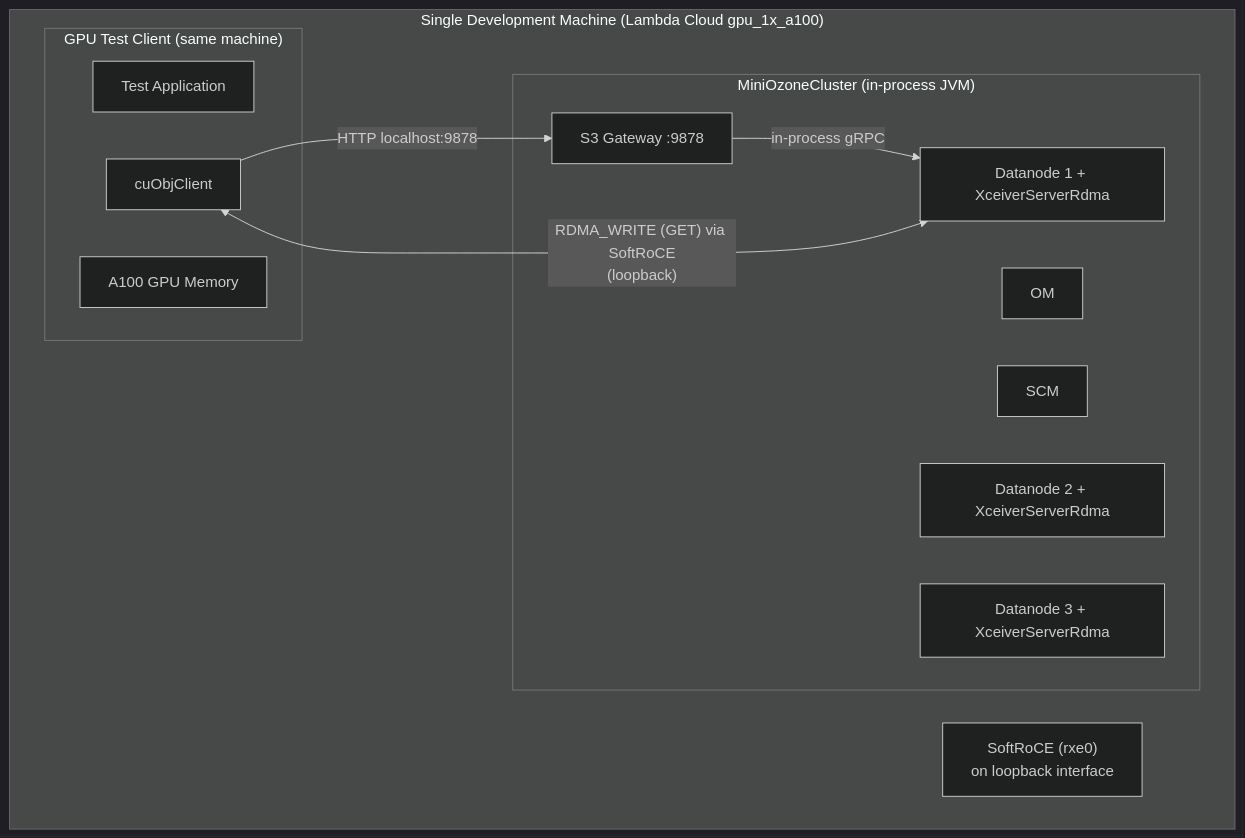
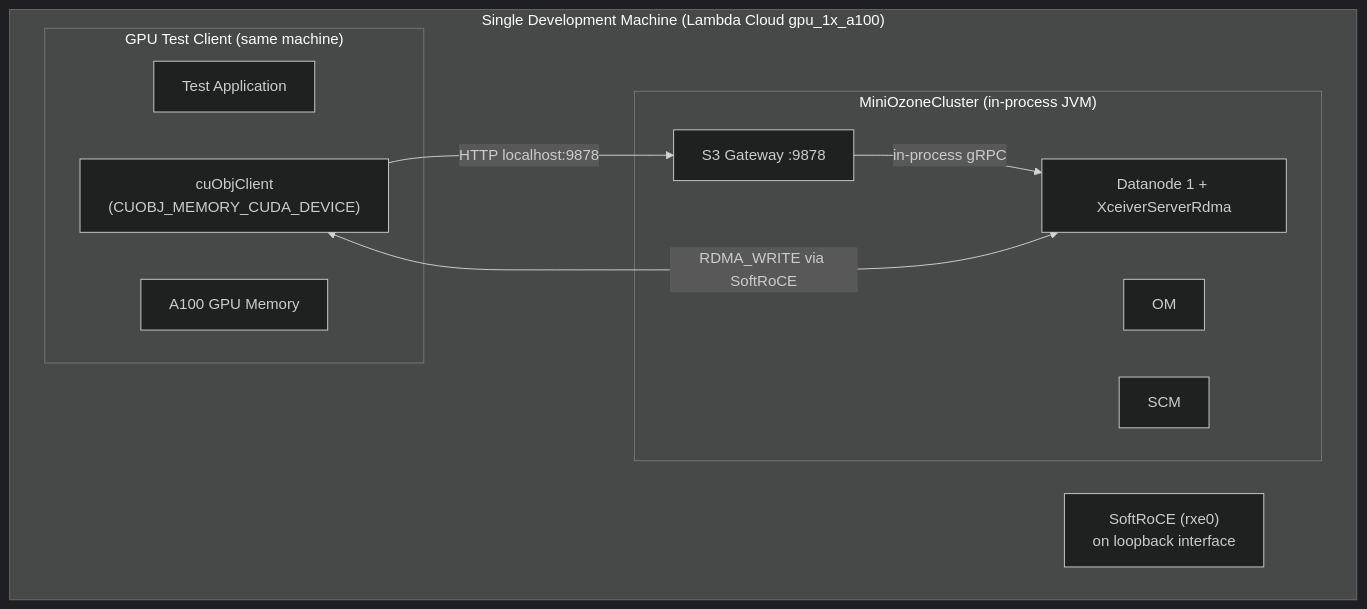
Before and after one commit to ptlrs/ozone: the second of 10 diagrams in docs/gds-dn-direct-rdma-implementation-spec.md, drawn with Mermaid (dark theme). The commit also changed other lines of this file and 1 other file, not shown here.

Commit message:
GPUDIRECT. Update GPUDirect Storage spec to v7.0 with dual-mode GPU/host-memory RDMA support, extended cloud deployment recommendations, and updated architectural flow diagrams

````diff
--- a/docs/gds-dn-direct-rdma-implementation-spec.md
+++ b/docs/gds-dn-direct-rdma-implementation-spec.md
@@ -236,24 +335,22 @@
 ```mermaid
 flowchart TB
   subgraph SingleNode["Single Development Machine (Lambda Cloud gpu_1x_a100)"]
     subgraph MiniCluster["MiniOzoneCluster (in-process JVM)"]
       OM_mini["OM"]
       SCM_mini["SCM"]
       S3GW_mini["S3 Gateway :9878"]
       DN_mini1["Datanode 1 + XceiverServerRdma"]
-      DN_mini2["Datanode 2 + XceiverServerRdma"]
-      DN_mini3["Datanode 3 + XceiverServerRdma"]
     end
 
     subgraph GPU_Test["GPU Test Client (same machine)"]
       TestApp["Test Application"]
-      cuObjClient["cuObjClient"]
+      cuObjClient_gpu["cuObjClient<br/>(CUOBJ_MEMORY_CUDA_DEVICE)"]
       GPU["A100 GPU Memory"]
     end
 
     SoftRoCE["SoftRoCE (rxe0)<br/>on loopback interface"]
-    cuObjClient -->|" HTTP localhost:9878 "| S3GW_mini
+    cuObjClient_gpu -->|" HTTP localhost:9878 "| S3GW_mini
     S3GW_mini -->|" in-process gRPC "| DN_mini1
-    DN_mini1 <-->|" RDMA_WRITE (GET) via SoftRoCE<br/>(loopback) "| cuObjClient
+    DN_mini1 <-->|" RDMA_WRITE via SoftRoCE "| cuObjClient_gpu
   end
 ```
````
